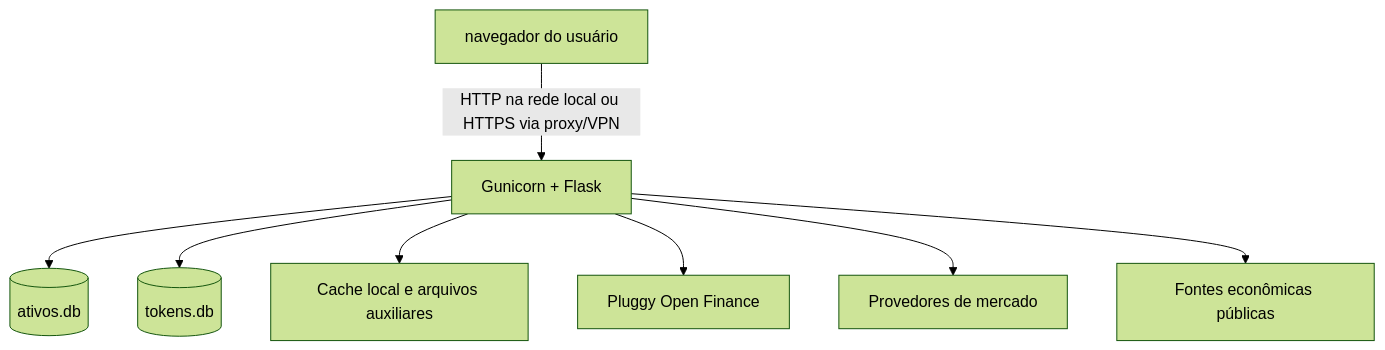
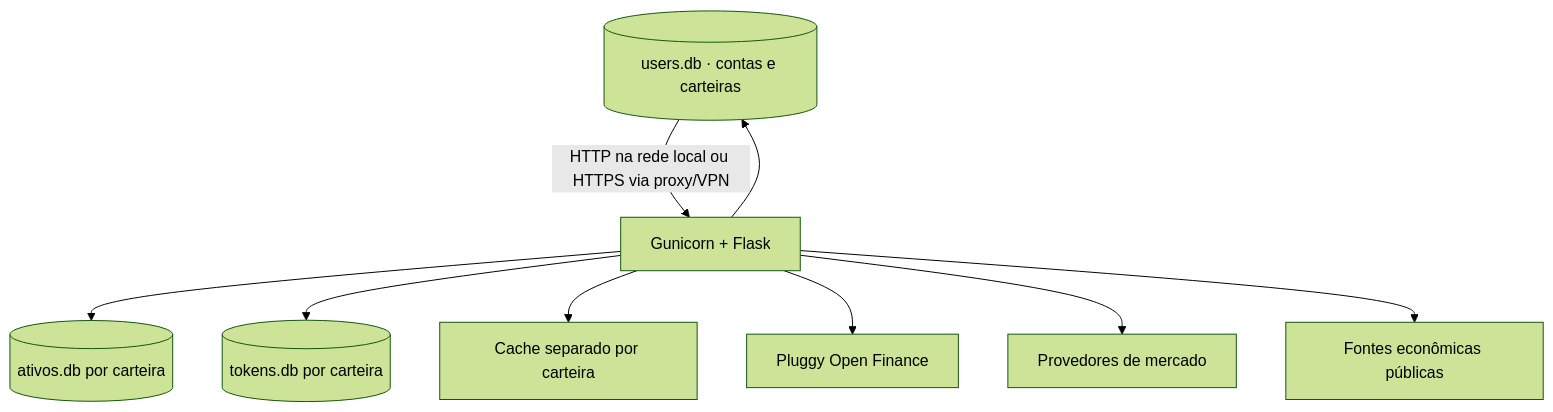
One commit to L0nker/lonely-wallet changed the diagram in README.md. Above: the diagram before and after it, drawn with Mermaid (forest theme). The commit also changed other lines of this file and 13 other files, not shown here.

````diff
--- a/README.md
+++ b/README.md
@@ -150,10 +156,11 @@
 ```mermaid
 flowchart TD
     U[ navegador do usuário ] -->|HTTP na rede local ou HTTPS via proxy/VPN| W[Gunicorn + Flask]
-    W --> A[(ativos.db)]
-    W --> T[(tokens.db)]
-    W --> C[Cache local e arquivos auxiliares]
+    W --> U[(users.db · contas e carteiras)]
+    W --> A[(ativos.db por carteira)]
+    W --> T[(tokens.db por carteira)]
+    W --> C[Cache separado por carteira]
     W --> P[Pluggy Open Finance]
     W --> M[Provedores de mercado]
     W --> E[Fontes econômicas públicas]
 ```
````
